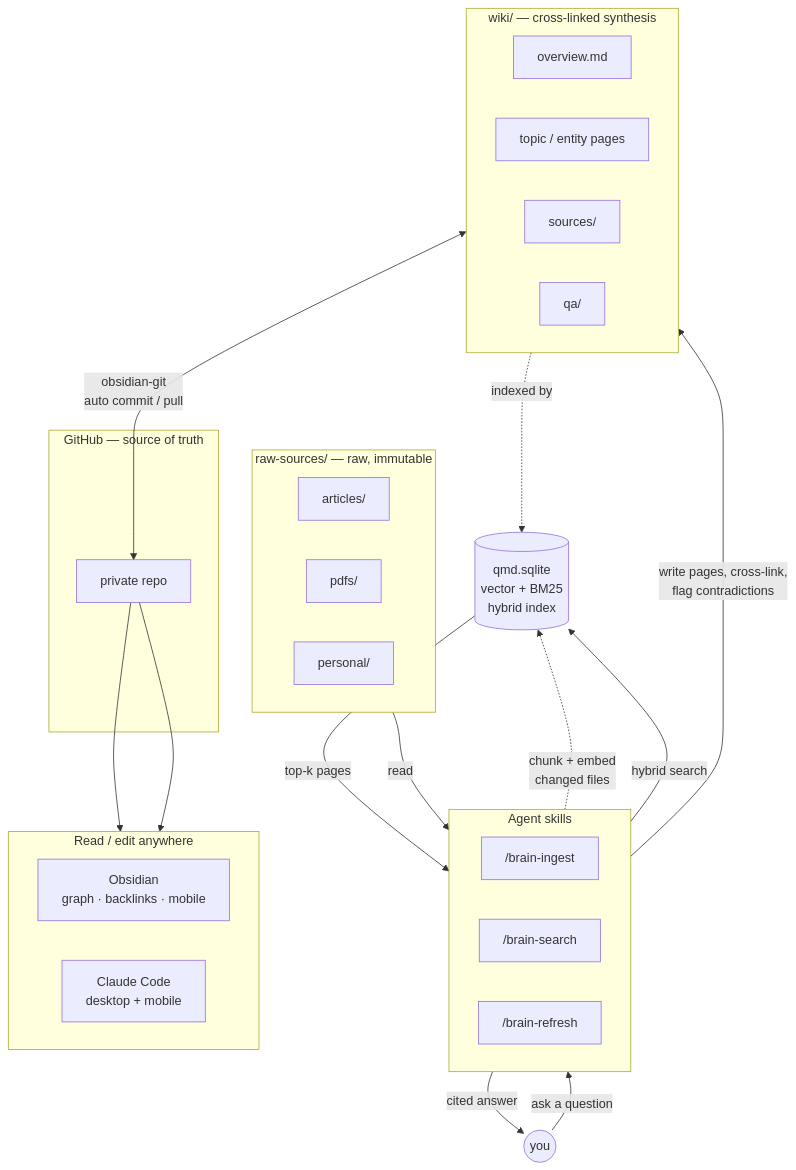
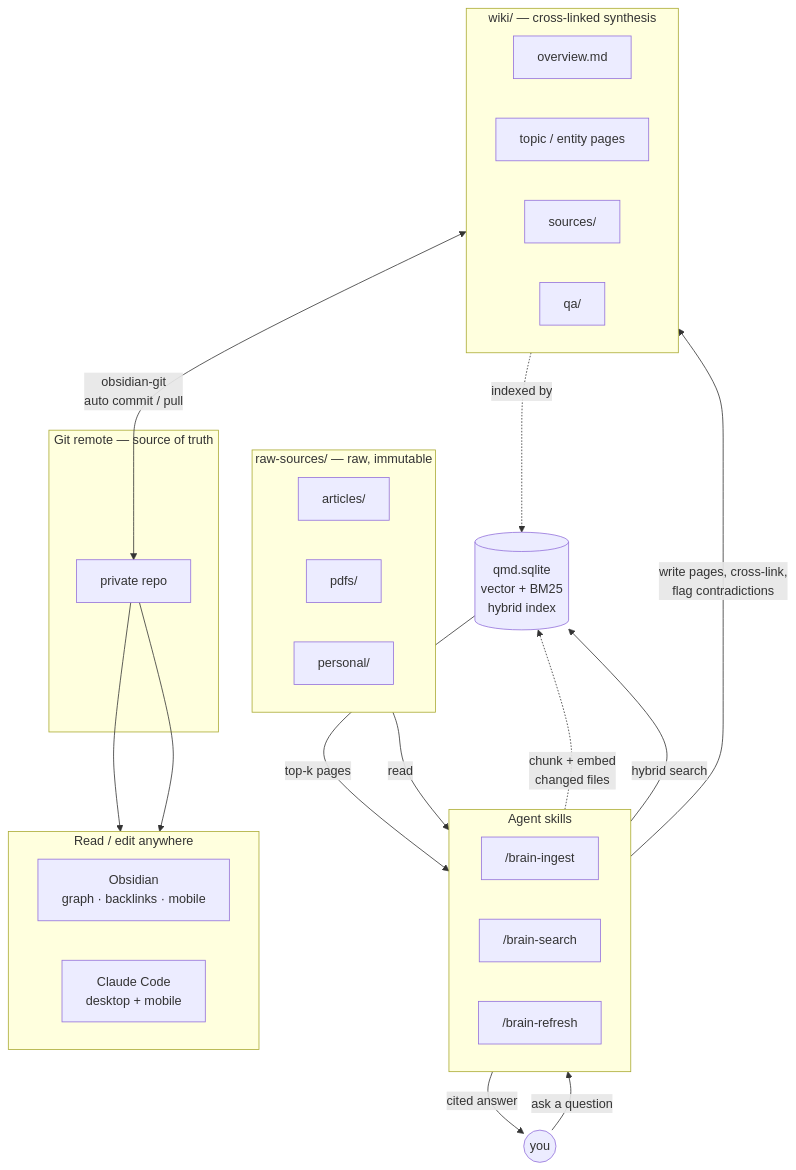
Before and after one commit to jessepinkman9900/claude-second-brain: the diagram in pr-preview/pr-25/concepts/how-it-works.md, drawn with Mermaid. The commit also changed other lines of this file and 34 other files, not shown here.

````diff
--- a/pr-preview/pr-25/concepts/how-it-works.md
+++ b/pr-preview/pr-25/concepts/how-it-works.md
@@ -5,50 +5,50 @@
 ```mermaid
 flowchart TB
   subgraph Sources["raw-sources/ — raw, immutable"]
     direction LR
     S1[articles/]
     S2[pdfs/]
     S3[personal/]
   end
 
   subgraph Skills["Agent skills"]
     direction LR
     I["/brain-ingest"]
     Q["/brain-search"]
     R["/brain-refresh"]
   end
 
   subgraph Wiki["wiki/ — cross-linked synthesis"]
     direction LR
     W1[overview.md]
     W2[topic / entity pages]
     W3[sources/]
     W4[qa/]
   end
 
   QMD[("qmd.sqlite<br/>vector + BM25<br/>hybrid index")]
 
-  subgraph Remote["GitHub — source of truth"]
+  subgraph Remote["Git remote — source of truth"]
     GH[private repo]
   end
 
   subgraph Read["Read / edit anywhere"]
     direction LR
     OB["Obsidian<br/>graph · backlinks · mobile"]
     CC["Claude Code<br/>desktop + mobile"]
   end
 
   User((you))
 
   Sources -->|read| I
   I -->|write pages, cross-link,<br/>flag contradictions| Wiki
   R -.->|chunk + embed<br/>changed files| QMD
   Wiki -.->|indexed by| QMD
   User -->|ask a question| Q
   Q -->|hybrid search| QMD
   QMD -->|top-k pages| Q
   Q -->|cited answer| User
   Wiki <-->|"obsidian-git<br/>auto commit / pull"| GH
   GH --> OB
   GH --> CC
 ```
````
